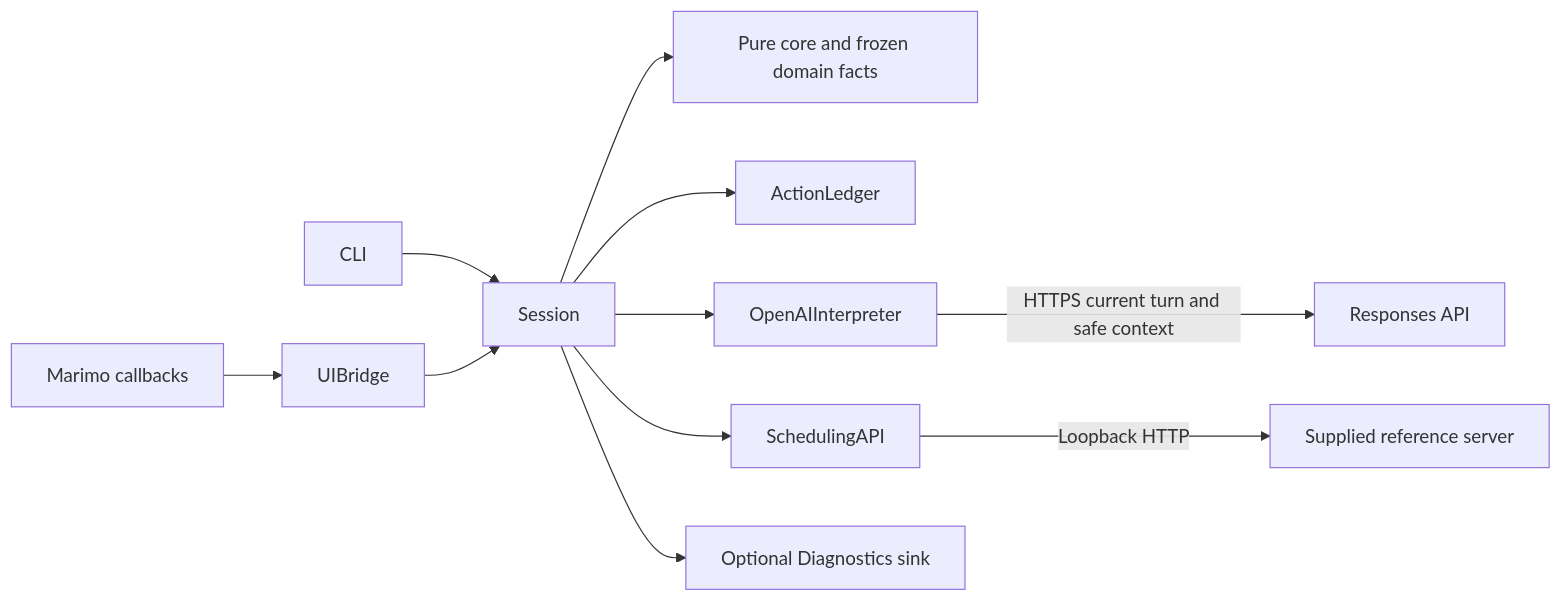
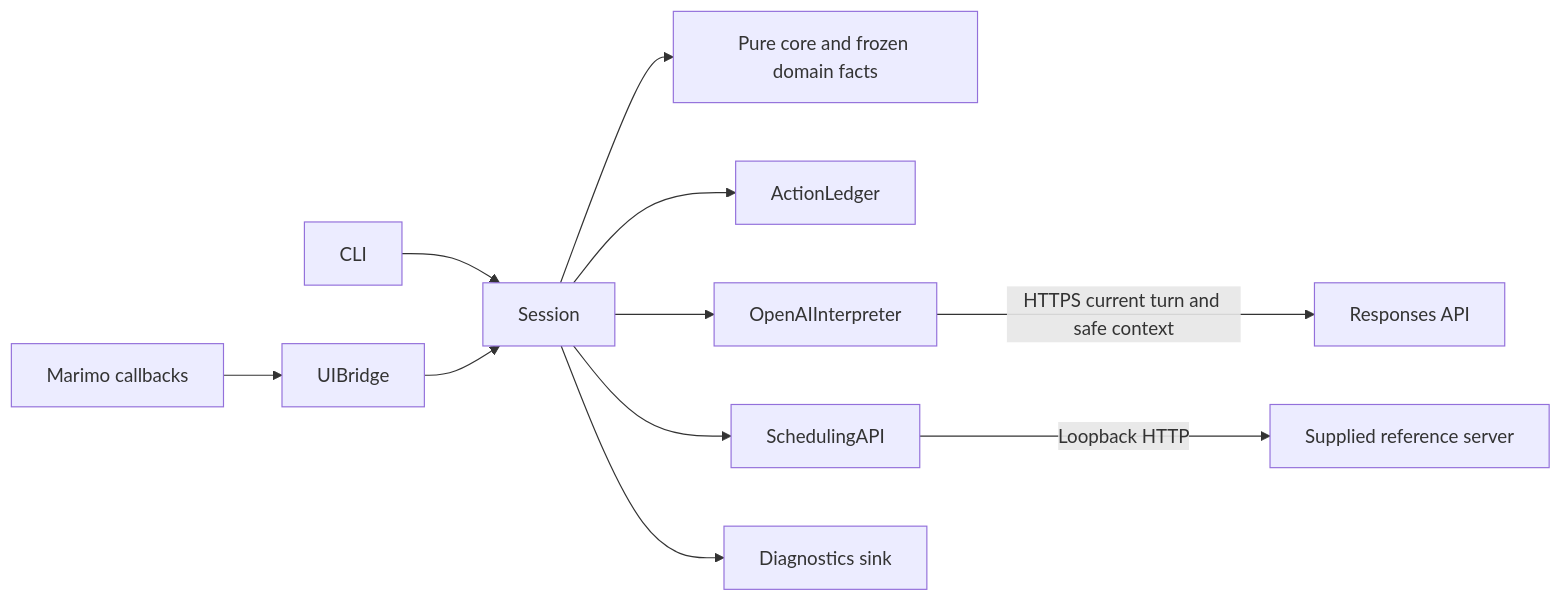
One commit to Kenerator/ochsner-scheduling-mvp changed the first of 2 diagrams in docs/internal/as-built/architecture.md. Above: the diagram before and after it, drawn with Mermaid. The commit also changed other lines of this file and 9 other files, not shown here.

````diff
--- a/docs/internal/as-built/architecture.md
+++ b/docs/internal/as-built/architecture.md
@@ -22,13 +22,13 @@
 ```mermaid
 flowchart LR
     CLI[CLI] --> S[Session]
     UI[Marimo callbacks] --> B[UIBridge]
     B --> S
     S --> C[Pure core and frozen domain facts]
     S --> L[ActionLedger]
     S --> AI[OpenAIInterpreter]
     AI -->|HTTPS current turn and safe context| O[Responses API]
     S --> API[SchedulingAPI]
     API -->|Loopback HTTP| REF[Supplied reference server]
-    S --> D[Optional Diagnostics sink]
+    S --> D[Diagnostics sink]
 ```
````
